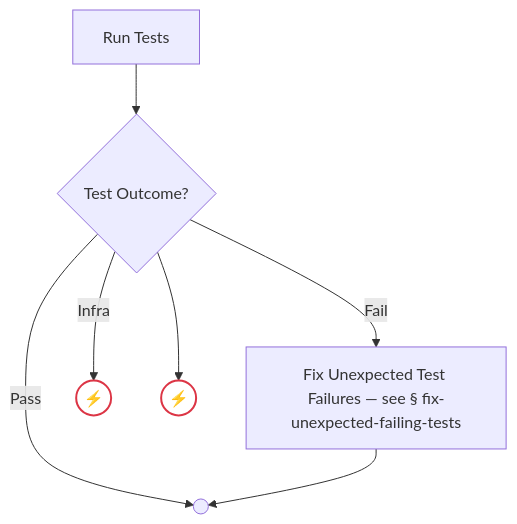
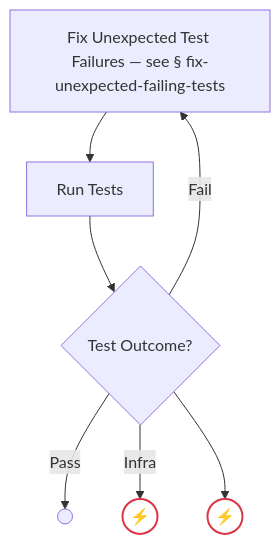
Diagram 23 of 54 in docs/process-diagram.md (optivem/gh-optivem), drawn with Mermaid before and after one commit. The commit also changed other lines of this file and 4 other files, not shown here.

Commit message:
atdd: regenerate process-flow diagram

````diff
--- a/docs/process-diagram.md
+++ b/docs/process-diagram.md
@@ -457,19 +457,19 @@
 ```mermaid
 flowchart TD
     FIX_UNEXPECTED_FAILING_TESTS[Fix Unexpected Test Failures — see § fix-unexpected-failing-tests]
     GATE_TESTS_OUTCOME{Test Outcome?}
     RUN_TESTS[Run Tests]
     TESTS_INFRA_HALT((⚡))
     UNKNOWN_TESTS_OUTCOME((⚡))
     VERIFY_PASS_END(( ))
 
     RUN_TESTS --> GATE_TESTS_OUTCOME
     GATE_TESTS_OUTCOME -- Pass --> VERIFY_PASS_END
     GATE_TESTS_OUTCOME -- Fail --> FIX_UNEXPECTED_FAILING_TESTS
     GATE_TESTS_OUTCOME -- Infra --> TESTS_INFRA_HALT
     GATE_TESTS_OUTCOME --> UNKNOWN_TESTS_OUTCOME
-    FIX_UNEXPECTED_FAILING_TESTS --> VERIFY_PASS_END
+    FIX_UNEXPECTED_FAILING_TESTS --> RUN_TESTS
 
     classDef errorEndNode fill:#ffffff,stroke:#dc3545,stroke-width:2px,color:#000000
     class TESTS_INFRA_HALT,UNKNOWN_TESTS_OUTCOME errorEndNode
 ```
````
